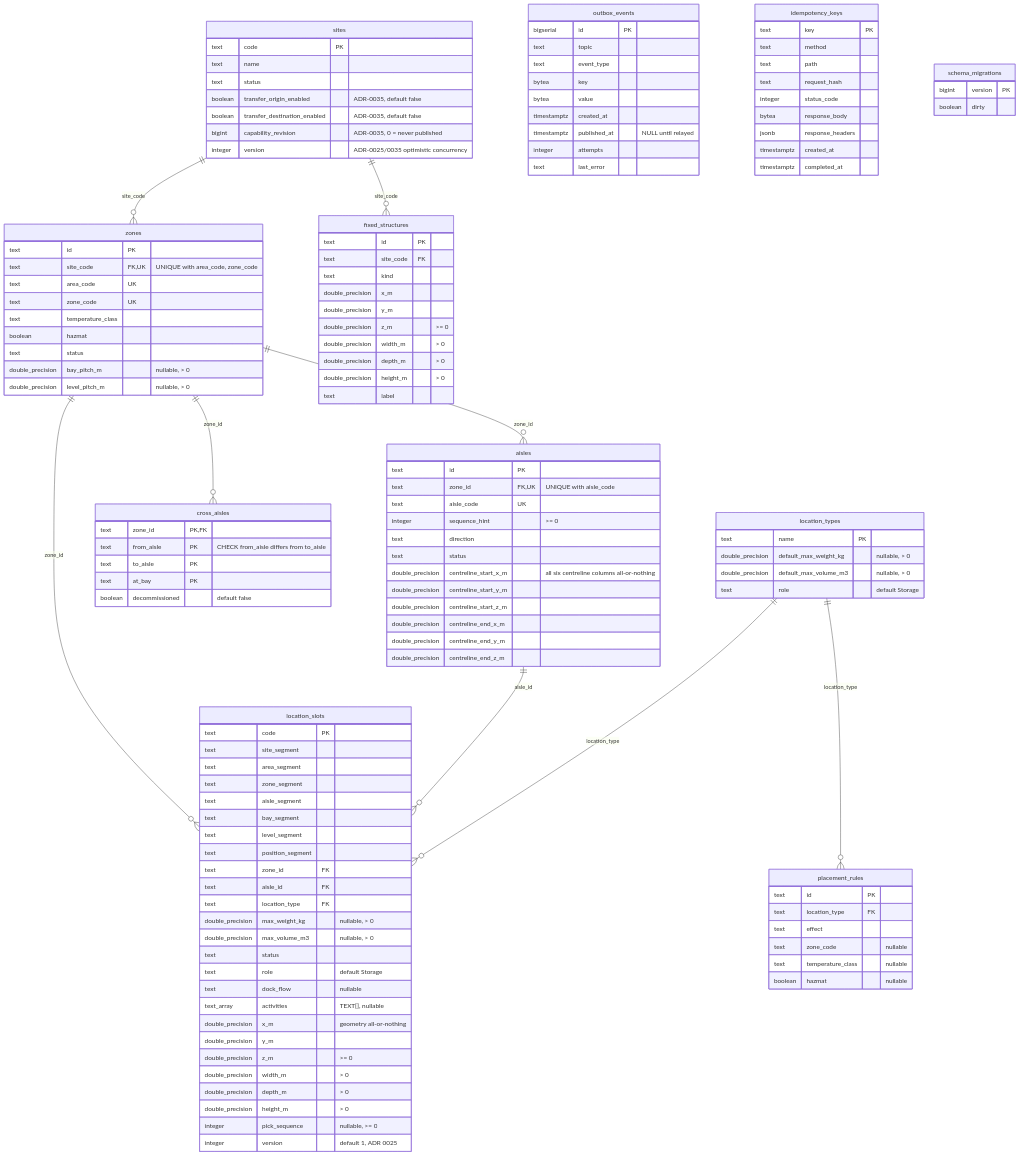
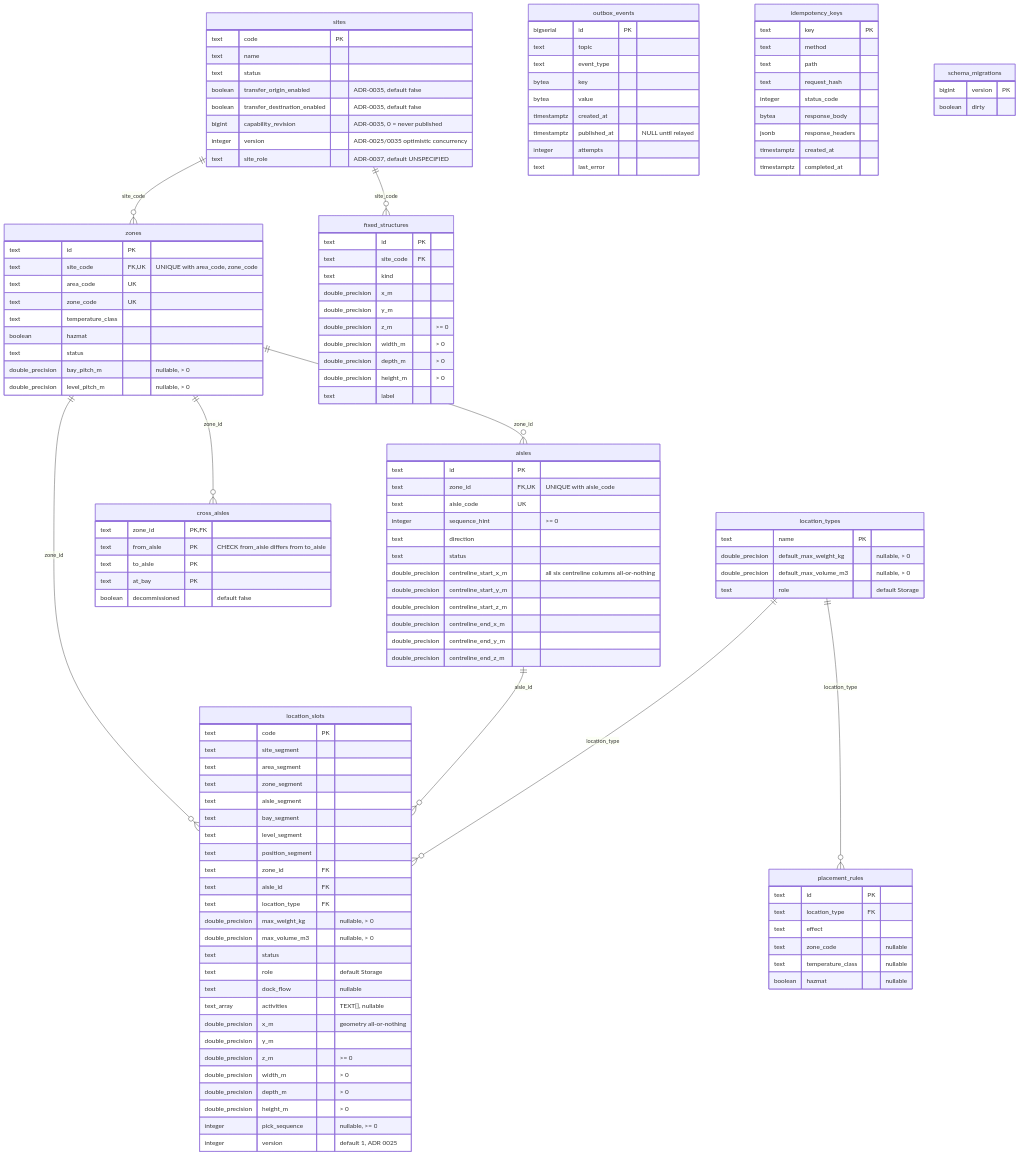
The first of 2 diagrams in docs/docs/ddd/entity-relationship.md (IQVO/facility-layout), drawn with Mermaid before and after one commit. The commit also changed other lines of this file and 85 other files, not shown here.

First line of the commit message:
feat(site): explicit site role, SiteRoleChanged, name backfill and transfer defaults (ADR-0037)

```diff
--- a/docs/docs/ddd/entity-relationship.md
+++ b/docs/docs/ddd/entity-relationship.md
@@ -30,6 +30,7 @@
         boolean transfer_destination_enabled "ADR-0035, default false"
         bigint capability_revision "ADR-0035, 0 = never published"
         integer version "ADR-0025/0035 optimistic concurrency"
+        text site_role "ADR-0037, default UNSPECIFIED"
     }
     zones {
         text id PK
```
